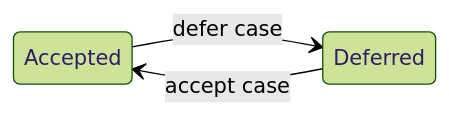
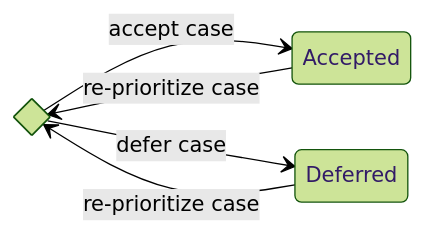
Before and after one commit to CERTCC/Vultron: the seventh of 9 diagrams in docs/process_models/report_management.md, drawn with Mermaid (forest theme). The commit also changed other lines of this file, not shown here.

````diff
--- a/docs/process_models/report_management.md
+++ b/docs/process_models/report_management.md
@@ -468,6 +498,9 @@
 ```mermaid
 stateDiagram-v2
     direction LR
-    Accepted --> Deferred: defer case
-    Deferred --> Accepted: accept case
+    state prioritize <<choice>>
+    prioritize --> Accepted: accept case
+    prioritize --> Deferred: defer case
+    Accepted --> prioritize : re-prioritize case
+    Deferred --> prioritize : re-prioritize case
 ```
````
